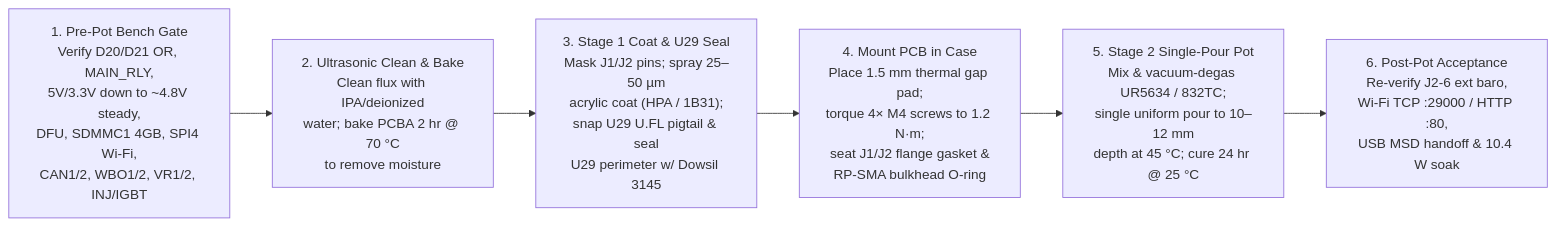
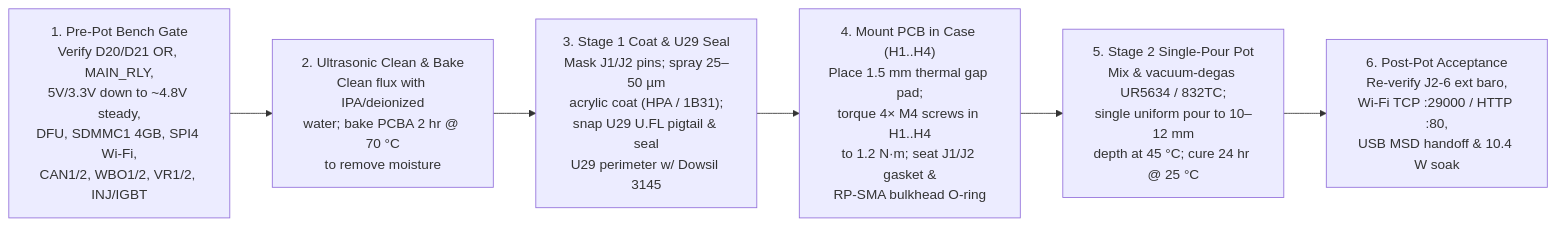
Before and after one commit to halbritt/fome-mc: the second of 2 diagrams in docs/POTTING_AND_ENCLOSURE.md, drawn with Mermaid. The commit also changed other lines of this file and 137 other files, not shown here.

````diff
--- a/docs/POTTING_AND_ENCLOSURE.md
+++ b/docs/POTTING_AND_ENCLOSURE.md
@@ -73,8 +75,8 @@
 ```mermaid
 flowchart LR
   S1["1. Pre-Pot Bench Gate\nVerify D20/D21 OR, MAIN_RLY,\n5V/3.3V down to ~4.8V steady,\nDFU, SDMMC1 4GB, SPI4 Wi-Fi,\nCAN1/2, WBO1/2, VR1/2, INJ/IGBT"] --> S2["2. Ultrasonic Clean & Bake\nClean flux with IPA/deionized\nwater; bake PCBA 2 hr @ 70 °C\nto remove moisture"]
   S2 --> S3["3. Stage 1 Coat & U29 Seal\nMask J1/J2 pins; spray 25–50 µm\nacrylic coat (HPA / 1B31);\nsnap U29 U.FL pigtail & seal\nU29 perimeter w/ Dowsil 3145"]
-  S3 --> S4["4. Mount PCB in Case\nPlace 1.5 mm thermal gap pad;\ntorque 4× M4 screws to 1.2 N·m;\nseat J1/J2 flange gasket &\nRP-SMA bulkhead O-ring"]
+  S3 --> S4["4. Mount PCB in Case (H1..H4)\nPlace 1.5 mm thermal gap pad;\ntorque 4× M4 screws in H1..H4\nto 1.2 N·m; seat J1/J2 gasket &\nRP-SMA bulkhead O-ring"]
   S4 --> S5["5. Stage 2 Single-Pour Pot\nMix & vacuum-degas UR5634 / 832TC;\nsingle uniform pour to 10–12 mm\ndepth at 45 °C; cure 24 hr @ 25 °C"]
   S5 --> S6["6. Post-Pot Acceptance\nRe-verify J2-6 ext baro,\nWi-Fi TCP :29000 / HTTP :80,\nUSB MSD handoff & 10.4 W soak"]
 ```
````
